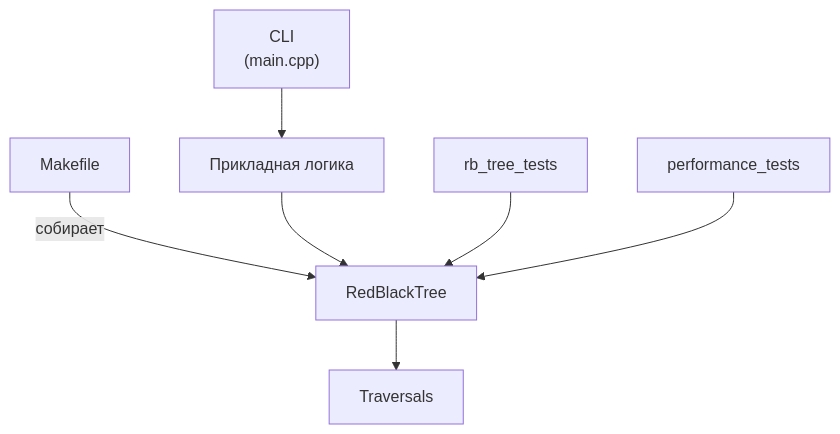
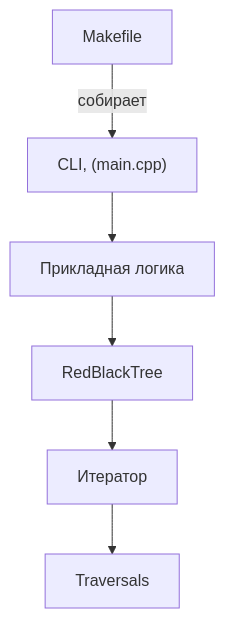
The second of 2 diagrams in README.md (iweloveaot/RBTree), drawn with Mermaid before and after one commit. The commit also changed other lines of this file, not shown here.

````diff
--- a/README.md
+++ b/README.md
@@ -116,9 +58,9 @@
 ```mermaid
 flowchart TD
-    Makefile["Makefile"] -->|"собирает"| Tree["RedBlackTree"]
-    CLI["CLI<br/>(main.cpp)"] --> Logic["Прикладная логика"]
-    Logic --> Tree
-    Tree --> Traversals["Traversals"]
-    Tests["rb_tree_tests"] --> Tree
-    Performance["performance_tests"] --> Tree
+    Makefile["Makefile"] -->|"собирает"|CLI["CLI, (main.cpp)"]
+    CLI --> Logic["Прикладная логика"]
+    Logic --> Tree["RedBlackTree"]
+    Tree --> IEnumerable["Итератор"]
+    IEnumerable --> Traversals["Traversals"]
+    
 ```
````
